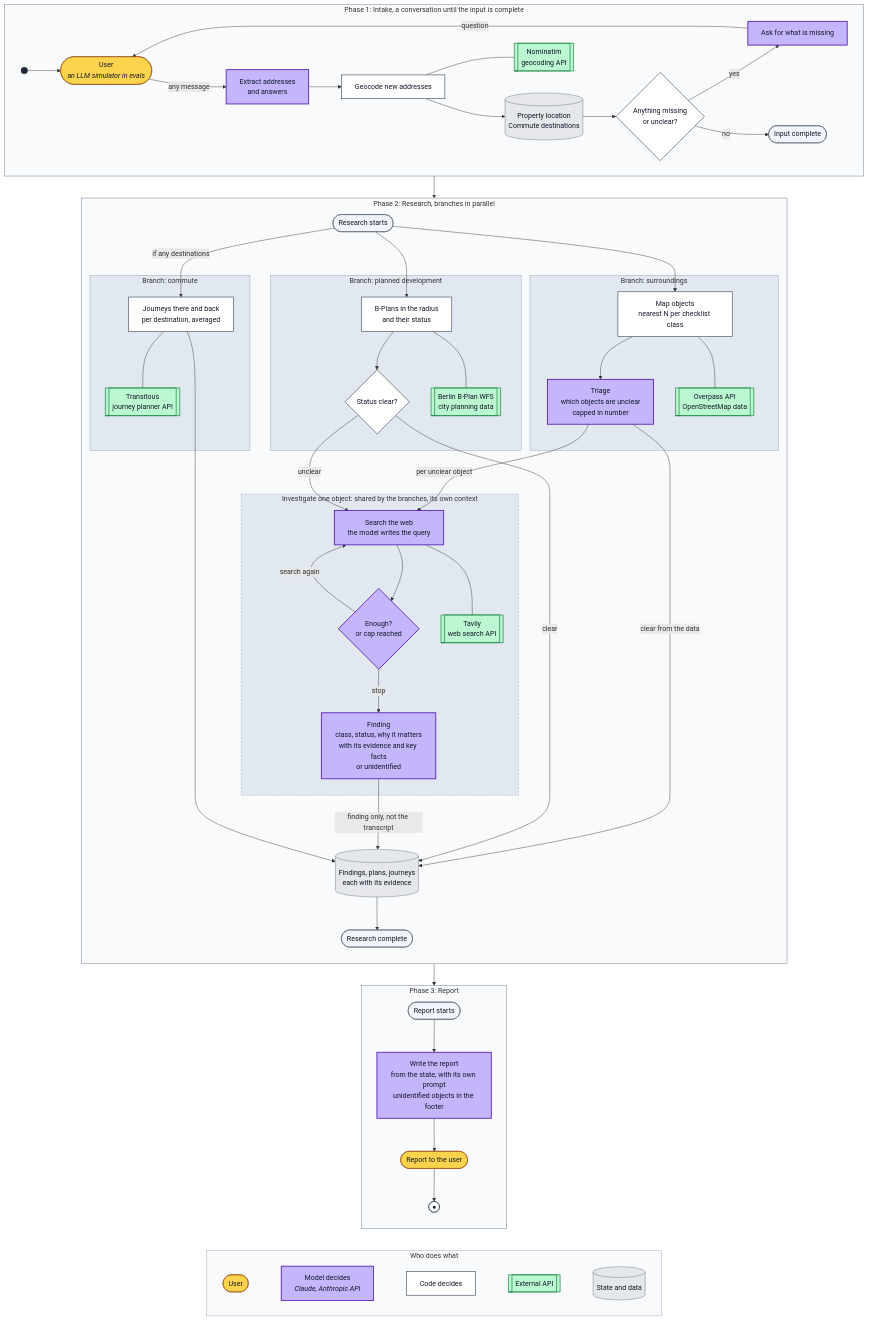
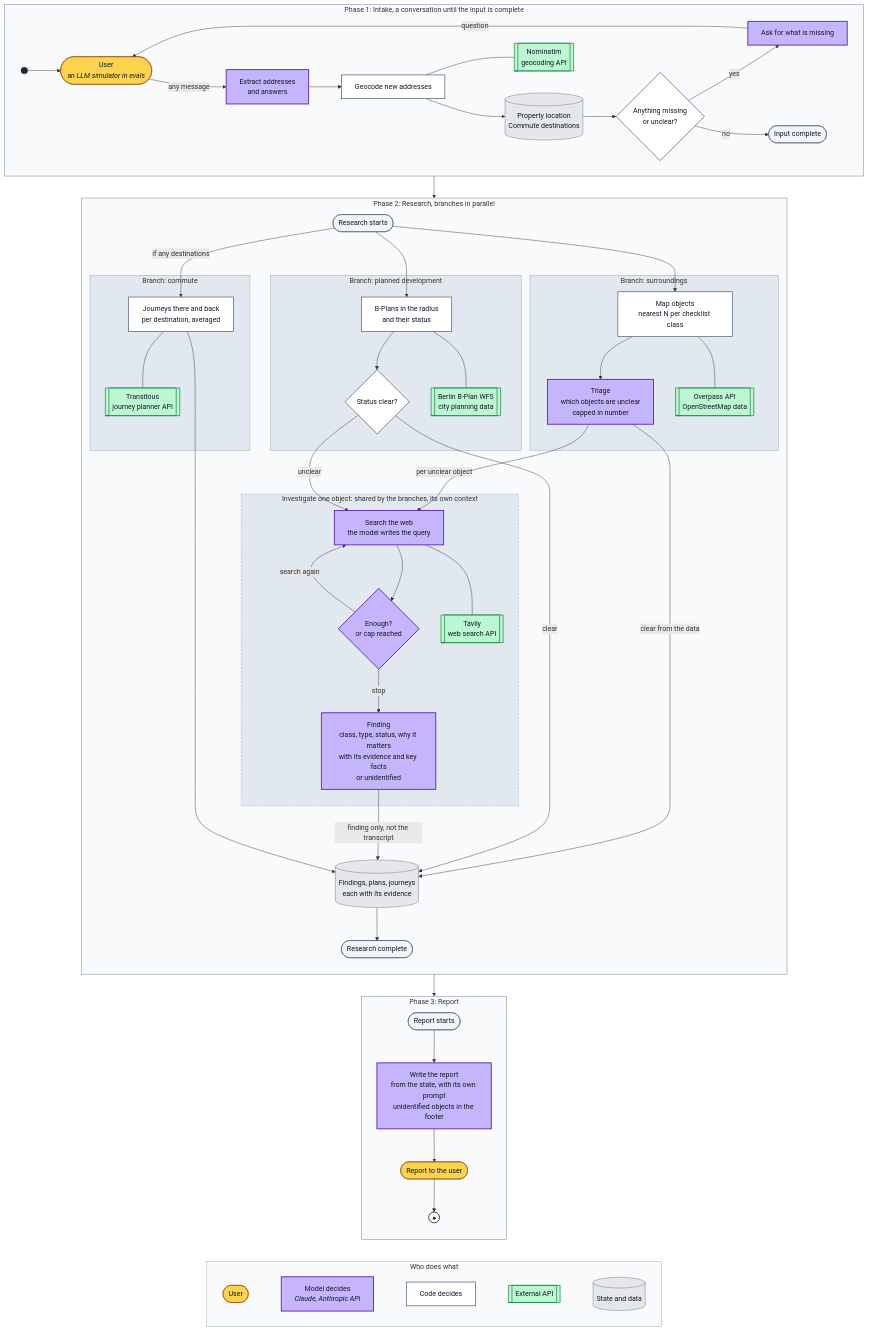
One commit to avashchenkov/out-of-frame changed the diagram in docs/architecture.md. Above: the diagram before and after it, drawn with Mermaid.

Commit message:
docs: add the finding type to the research flowchart

```diff
--- a/docs/architecture.md
+++ b/docs/architecture.md
@@ -45,7 +45,7 @@
             S["Search the web<br/>the model writes the query"]:::model
             TAV[["Tavily<br/>web search API"]]:::ext
             D{"Enough?<br/>or cap reached"}:::model
-            F["Finding<br/>class, status, why it matters<br/>with its evidence and key facts<br/>or unidentified"]:::model
+            F["Finding<br/>class, type, status, why it matters<br/>with its evidence and key facts<br/>or unidentified"]:::model
         end
         FS[("Findings, plans, journeys<br/>each with its evidence")]:::data
         JN(["Research complete"]):::milestone
```
